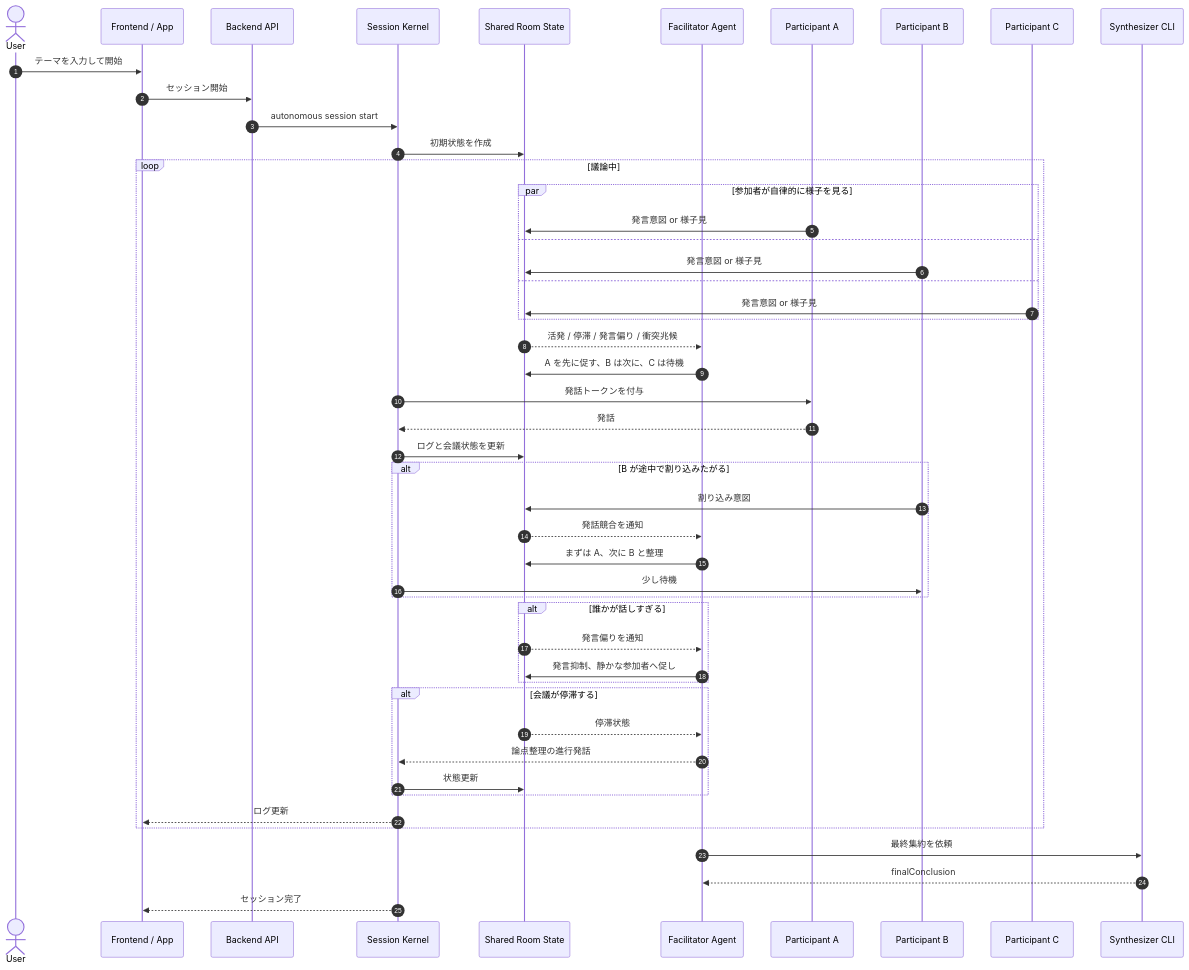
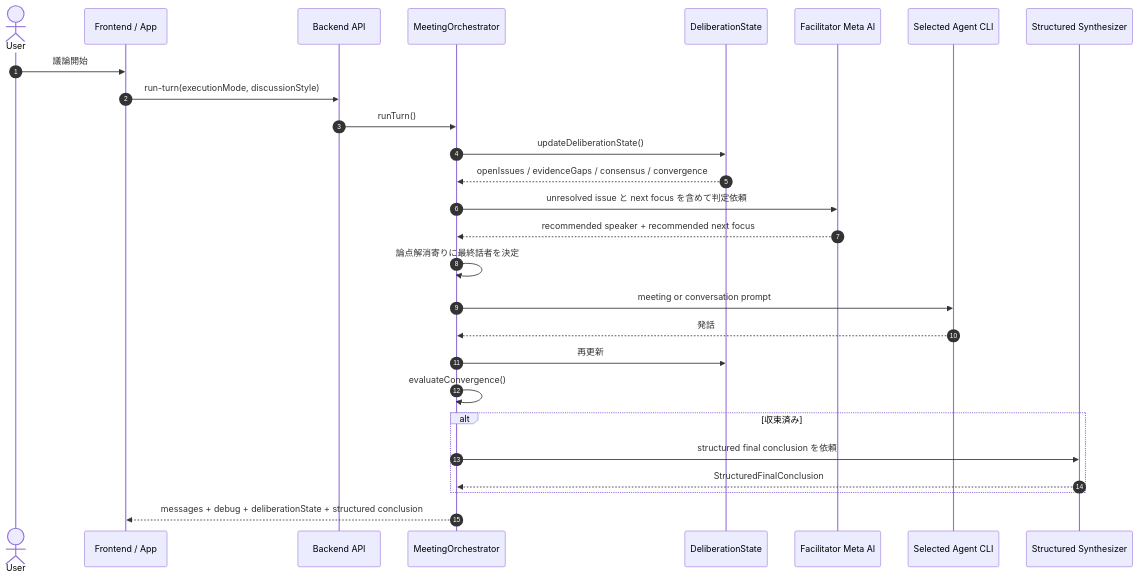
Before and after one commit to safubuki/turtle-brain: the second of 3 diagrams in docs/orchestration-autonomous-guide.md, drawn with Mermaid. The commit also changed other lines of this file and 15 other files, not shown here.

````diff
--- a/docs/orchestration-autonomous-guide.md
+++ b/docs/orchestration-autonomous-guide.md
@@ -192,59 +327,30 @@
 ```mermaid
 sequenceDiagram
     autonumber
     actor User as User
     participant UI as Frontend / App
     participant API as Backend API
-    participant Kernel as Session Kernel
-    participant Room as Shared Room State
-    participant Fac as Facilitator Agent
-    participant A as Participant A
-    participant B as Participant B
-    participant C as Participant C
-    participant Syn as Synthesizer CLI
+    participant Orch as MeetingOrchestrator
+    participant State as DeliberationState
+    participant FacMeta as Facilitator Meta AI
+    participant Agent as Selected Agent CLI
+    participant Syn as Structured Synthesizer
 
-    User->>UI: テーマを入力して開始
-    UI->>API: セッション開始
-    API->>Kernel: autonomous session start
-    Kernel->>Room: 初期状態を作成
-
-    loop 議論中
-        par 参加者が自律的に様子を見る
-            A->>Room: 発言意図 or 様子見
-        and
-            B->>Room: 発言意図 or 様子見
-        and
-            C->>Room: 発言意図 or 様子見
-        end
-
-        Room-->>Fac: 活発 / 停滞 / 発言偏り / 衝突兆候
-        Fac->>Room: A を先に促す、B は次に、C は待機
-        Kernel->>A: 発話トークンを付与
-        A-->>Kernel: 発話
-        Kernel->>Room: ログと会議状態を更新
-
-        alt B が途中で割り込みたがる
-            B->>Room: 割り込み意図
-            Room-->>Fac: 発話競合を通知
-            Fac->>Room: まずは A、次に B と整理
-            Kernel->>B: 少し待機
-        end
-
-        alt 誰かが話しすぎる
-            Room-->>Fac: 発言偏りを通知
-            Fac->>Room: 発言抑制、静かな参加者へ促し
-        end
-
-        alt 会議が停滞する
-            Room-->>Fac: 停滞状態
-            Fac-->>Kernel: 論点整理の進行発話
-            Kernel->>Room: 状態更新
-        end
-
-        Kernel-->>UI: ログ更新
+    User->>UI: 議論開始
+    UI->>API: run-turn(executionMode, discussionStyle)
+    API->>Orch: runTurn()
+    Orch->>State: updateDeliberationState()
+    State-->>Orch: openIssues / evidenceGaps / consensus / convergence
+    Orch->>FacMeta: unresolved issue と next focus を含めて判定依頼
+    FacMeta-->>Orch: recommended speaker + recommended next focus
+    Orch->>Orch: 論点解消寄りに最終話者を決定
+    Orch->>Agent: meeting or conversation prompt
+    Agent-->>Orch: 発話
+    Orch->>State: 再更新
+    Orch->>Orch: evaluateConvergence()
+    alt 収束済み
+        Orch->>Syn: structured final conclusion を依頼
+        Syn-->>Orch: StructuredFinalConclusion
     end
-
-    Fac->>Syn: 最終集約を依頼
-    Syn-->>Fac: finalConclusion
-    Kernel-->>UI: セッション完了
+    Orch-->>UI: messages + debug + deliberationState + structured conclusion
 ```
````
